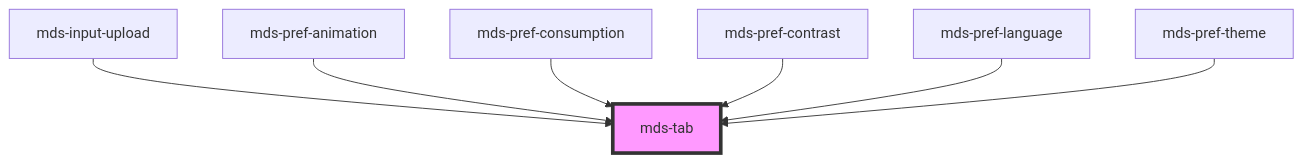
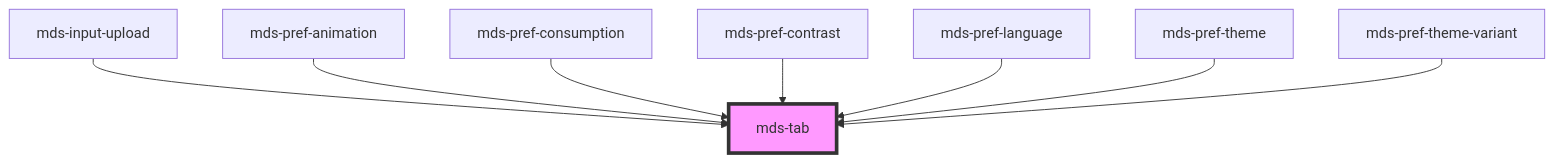
One commit to magma-design-system/magma changed the diagram in projects/stencil/src/components/mds-tab/readme.md. Above: the diagram before and after it, drawn with Mermaid. The commit also changed other lines of this file and 3 other files, not shown here.

Commit message:
style(mds-tab): update new scheme styles

````diff
--- a/projects/stencil/src/components/mds-tab/readme.md
+++ b/projects/stencil/src/components/mds-tab/readme.md
@@ -90,10 +91,11 @@
 ```mermaid
 graph TD;
   mds-input-upload --> mds-tab
   mds-pref-animation --> mds-tab
   mds-pref-consumption --> mds-tab
   mds-pref-contrast --> mds-tab
   mds-pref-language --> mds-tab
   mds-pref-theme --> mds-tab
+  mds-pref-theme-variant --> mds-tab
   style mds-tab fill:#f9f,stroke:#333,stroke-width:4px
 ```
````
